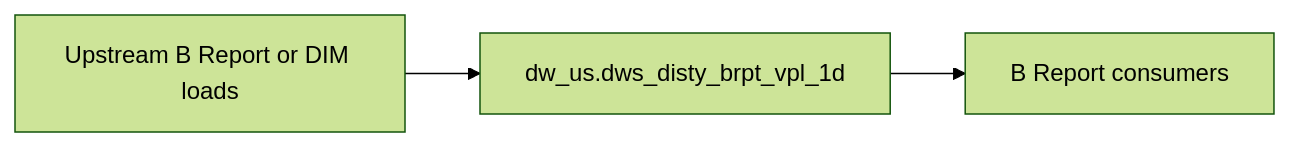
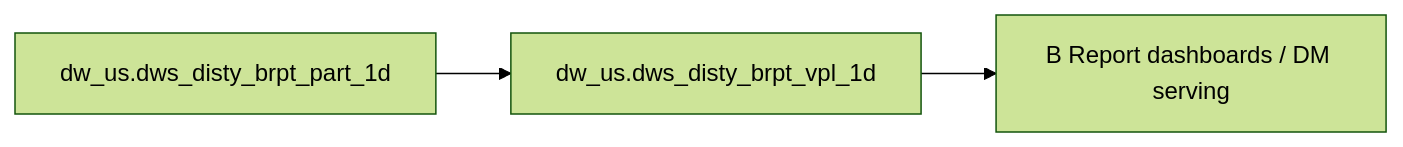
The diagram in backend/defaults/b_report/workspace/target/knowledgebase/b-report-us/dws_disty_brpt_vpl_1d.md (chengduhaha/data_agent), drawn with Mermaid (forest theme) before and after one commit. The commit also changed other lines of this file and 1108 other files, not shown here.

````diff
--- a/backend/defaults/b_report/workspace/target/knowledgebase/b-report-us/dws_disty_brpt_vpl_1d.md
+++ b/backend/defaults/b_report/workspace/target/knowledgebase/b-report-us/dws_disty_brpt_vpl_1d.md
@@ -159,8 +271,8 @@
 ```mermaid
 flowchart LR
-  upstream[Upstream B Report or DIM loads]
-  tgt["dw_us.dws_disty_brpt_vpl_1d"]
-  brpt[B Report consumers]
-  upstream --> tgt
-  tgt --> brpt
+  dw_us_dws_disty_brpt_vpl_1d["dw_us.dws_disty_brpt_vpl_1d"]
+  src0["dw_us.dws_disty_brpt_part_1d"]
+  src0 --> dw_us_dws_disty_brpt_vpl_1d
+  consumers["B Report dashboards / DM serving"]
+  dw_us_dws_disty_brpt_vpl_1d --> consumers
 ```
````
